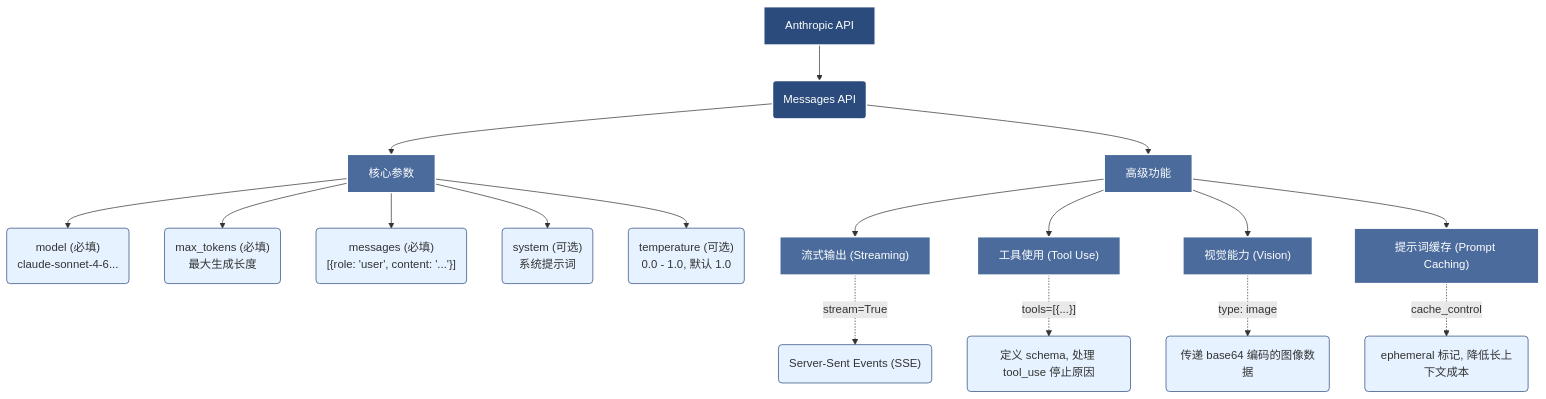
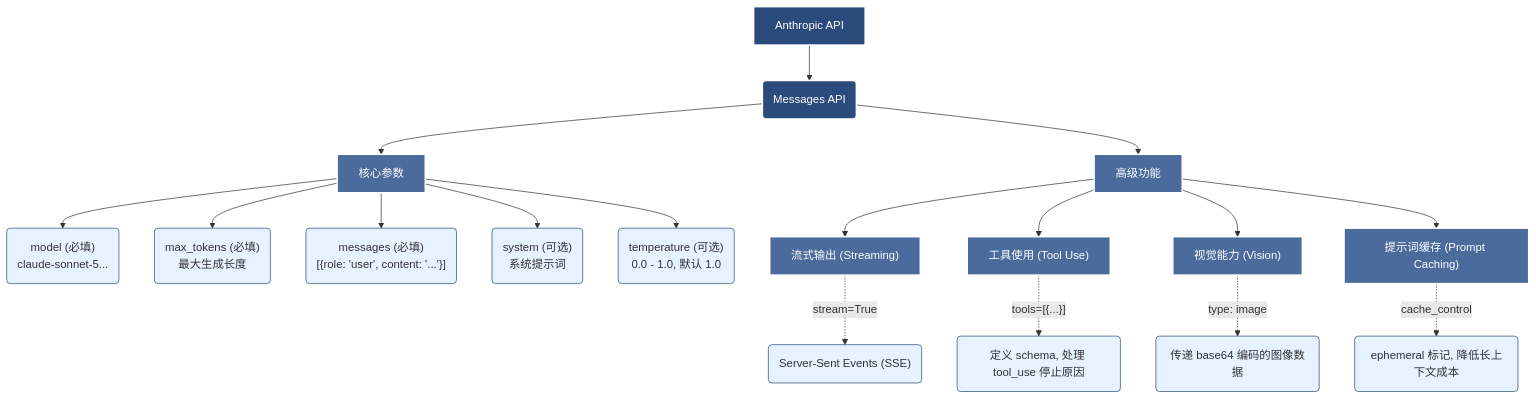
One commit to yeasy/claude_guide changed the diagram in 12_appendix/12.1_api_ref.md. Above: the diagram before and after it, drawn with Mermaid. The commit also changed other lines of this file and 32 other files, not shown here.

````diff
--- a/12_appendix/12.1_api_ref.md
+++ b/12_appendix/12.1_api_ref.md
@@ -8,27 +8,27 @@
 ```mermaid
 graph TD
     classDef core fill:#2a4b7c,stroke:#fff,stroke-width:2px,color:#fff;
     classDef feature fill:#4a6b9c,stroke:#fff,stroke-width:2px,color:#fff;
     classDef param fill:#e6f2ff,stroke:#2a4b7c,stroke-width:1px,color:#333;
 
     A[Anthropic API]:::core --> B(Messages API):::core
 
     B --> C1[核心参数]:::feature
     B --> C2[高级功能]:::feature
 
-    C1 --> P1("model (必填)<br>claude-sonnet-4-6..."):::param
+    C1 --> P1("model (必填)<br>claude-sonnet-5..."):::param
     C1 --> P2("max_tokens (必填)<br>最大生成长度"):::param
     C1 --> P3("messages (必填)<br>[{role: 'user', content: '...'}]"):::param
     C1 --> P4("system (可选)<br>系统提示词"):::param
     C1 --> P5("temperature (可选)<br>0.0 - 1.0, 默认 1.0"):::param
 
     C2 --> F1["流式输出 (Streaming)"]:::feature
     C2 --> F2["工具使用 (Tool Use)"]:::feature
     C2 --> F3["视觉能力 (Vision)"]:::feature
     C2 --> F4["提示词缓存 (Prompt Caching)"]:::feature
 
     F1 -.-> |"stream=True"| S1("Server-Sent Events (SSE)"):::param
     F2 -.-> |"tools=[{...}]"| S2("定义 schema, 处理 tool_use 停止原因"):::param
     F3 -.-> |"type: image"| S3("传递 base64 编码的图像数据"):::param
     F4 -.-> |"cache_control"| S4("ephemeral 标记, 降低长上下文成本"):::param
 ```
````
